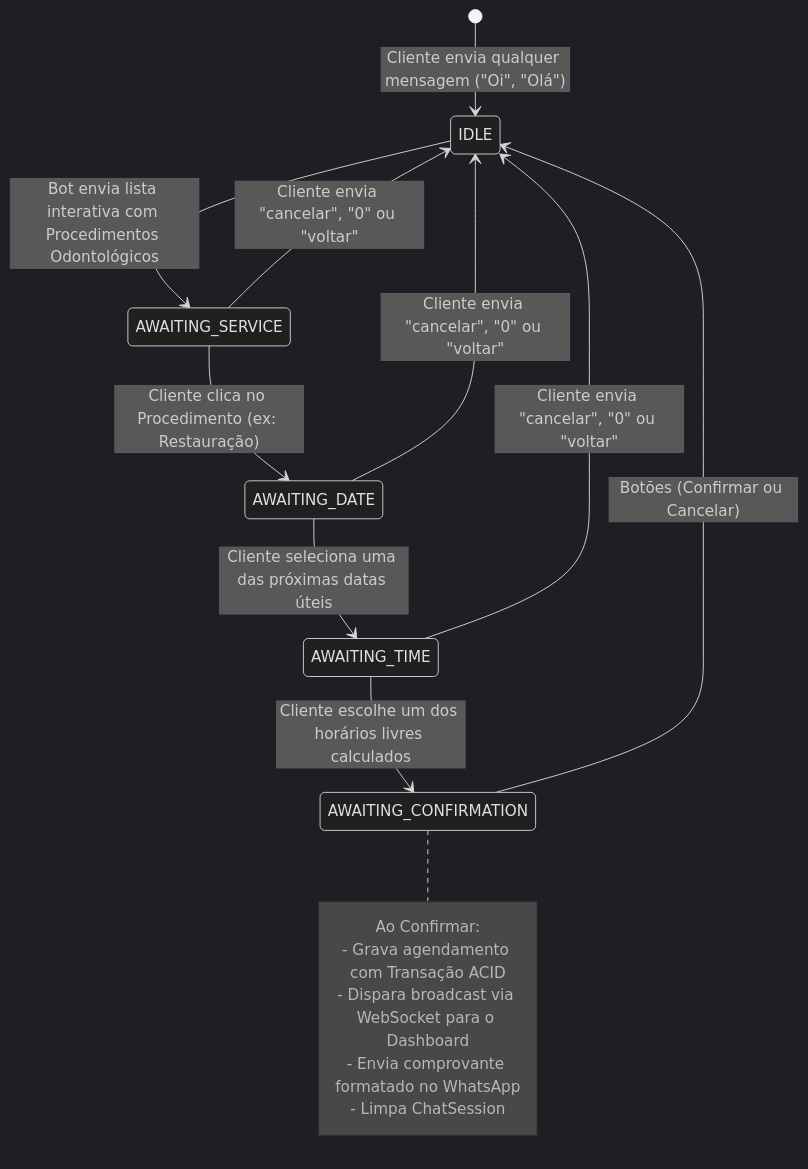
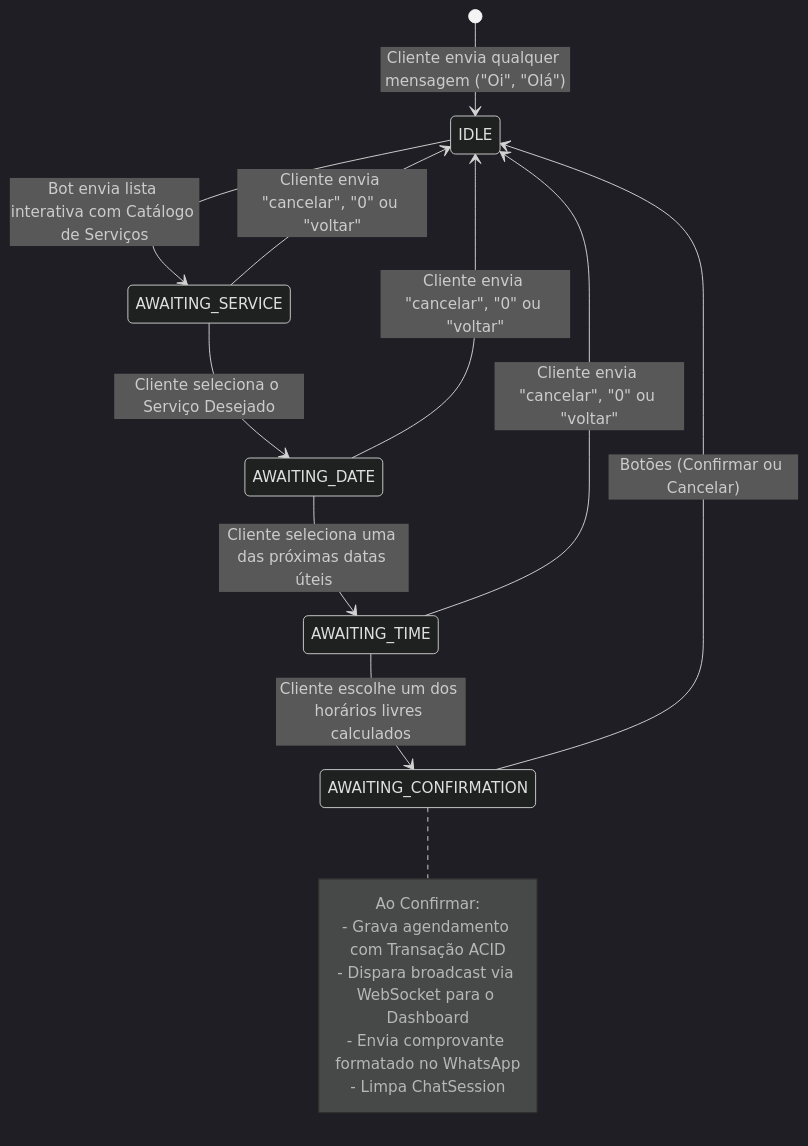
The diagram in README.md (GabrielLopesz9135/whatsapp_scheduler), drawn with Mermaid (dark theme) before and after one commit. The commit also changed other lines of this file and 13 other files, not shown here.

````diff
--- a/README.md
+++ b/README.md
@@ -135,23 +165,23 @@
 ```mermaid
 stateDiagram-v2
     [*] --> IDLE : Cliente envia qualquer mensagem ("Oi", "Olá")
-    IDLE --> AWAITING_SERVICE : Bot envia lista interativa com Procedimentos Odontológicos
+    IDLE --> AWAITING_SERVICE : Bot envia lista interativa com Catálogo de Serviços
     
-    AWAITING_SERVICE --> AWAITING_DATE : Cliente clica no Procedimento (ex: Restauração)
+    AWAITING_SERVICE --> AWAITING_DATE : Cliente seleciona o Serviço Desejado
     AWAITING_DATE --> AWAITING_TIME : Cliente seleciona uma das próximas datas úteis
     
     AWAITING_TIME --> AWAITING_CONFIRMATION : Cliente escolhe um dos horários livres calculados
     
     AWAITING_CONFIRMATION --> IDLE : Botões (Confirmar ou Cancelar)
     note right of AWAITING_CONFIRMATION
       Ao Confirmar:
       - Grava agendamento com Transação ACID
       - Dispara broadcast via WebSocket para o Dashboard
       - Envia comprovante formatado no WhatsApp
       - Limpa ChatSession
     end note
 
     AWAITING_SERVICE --> IDLE : Cliente envia "cancelar", "0" ou "voltar"
     AWAITING_DATE --> IDLE : Cliente envia "cancelar", "0" ou "voltar"
     AWAITING_TIME --> IDLE : Cliente envia "cancelar", "0" ou "voltar"
 ```
````
